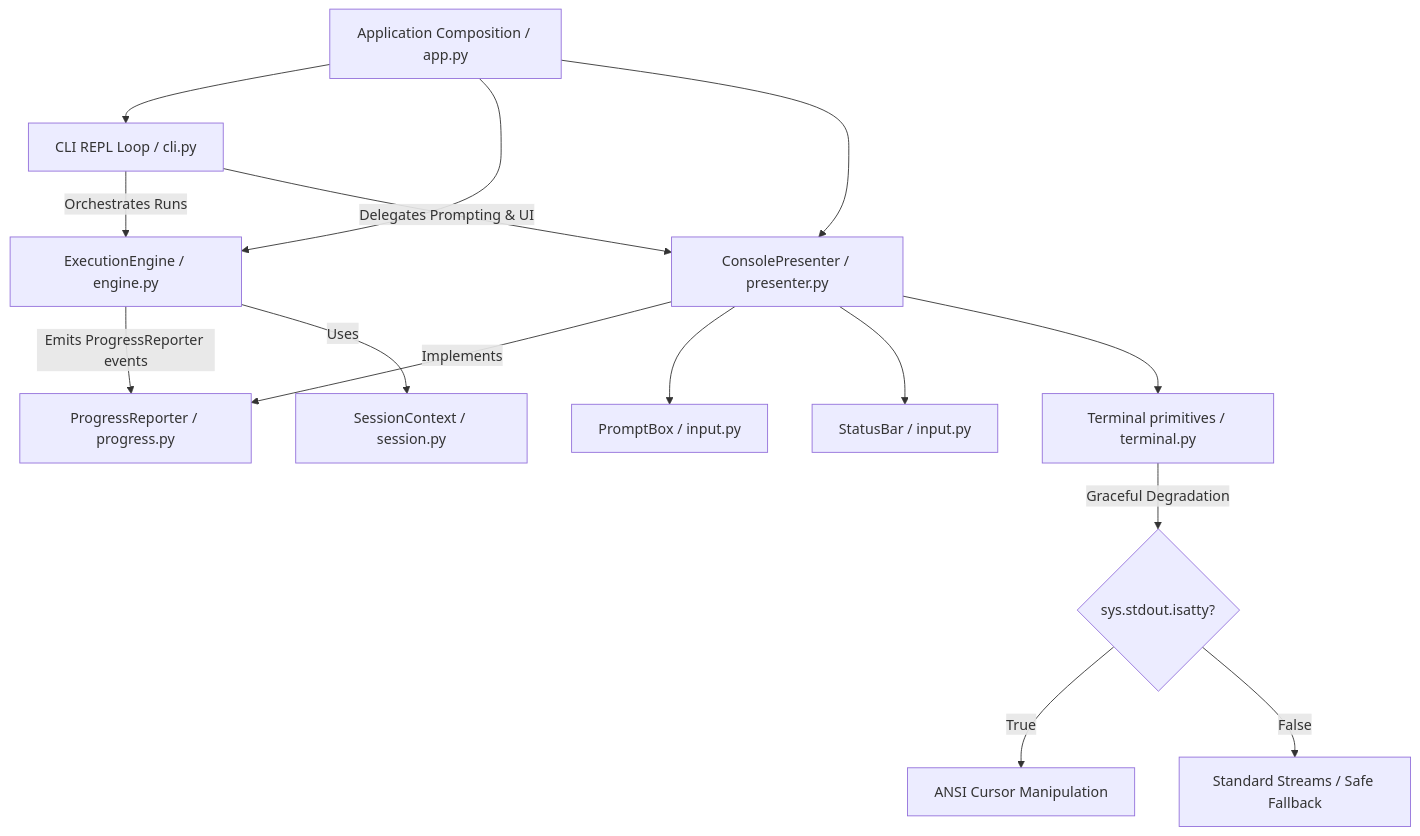
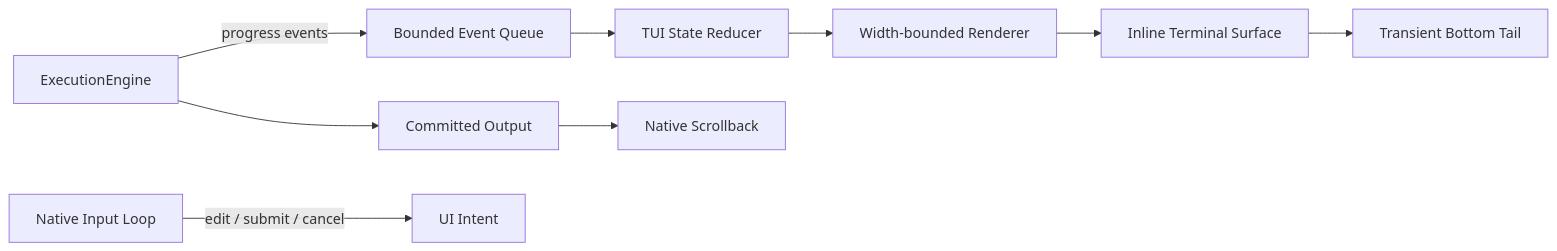
One commit to yuanchangsai77/testcode changed the diagram in docs/tui_design_and_architecture.md. Above: the diagram before and after it, drawn with Mermaid. The commit also changed other lines of this file and 9 other files, not shown here.

````diff
--- a/docs/tui_design_and_architecture.md
+++ b/docs/tui_design_and_architecture.md
@@ -71,17 +96,11 @@
 ```mermaid
-graph TD
-    APP[Application Composition / app.py] --> CLI[CLI REPL Loop / cli.py]
-    APP --> EE[ExecutionEngine / engine.py]
-    APP --> CP[ConsolePresenter / presenter.py]
-    CLI -->|Orchestrates Runs| EE[ExecutionEngine / engine.py]
-    CLI -->|Delegates Prompting & UI| CP
-    EE -->|Emits ProgressReporter events| PR[ProgressReporter / progress.py]
-    CP -->|Implements| PR
-    CP --> PB[PromptBox / input.py]
-    CP --> SB[StatusBar / input.py]
-    CP --> TERM[Terminal primitives / terminal.py]
-    EE -->|Uses| TS[SessionContext / session.py]
-    TERM -->|Graceful Degradation| TTY{sys.stdout.isatty?}
-    TTY -->|True| ANSI[ANSI Cursor Manipulation]
-    TTY -->|False| Plain[Standard Streams / Safe Fallback]
+flowchart LR
+    ENGINE[ExecutionEngine] -->|progress events| QUEUE[Bounded Event Queue]
+    INPUT[Native Input Loop] -->|edit / submit / cancel| INTENT[UI Intent]
+    QUEUE --> REDUCER[TUI State Reducer]
+    REDUCER --> RENDERER[Width-bounded Renderer]
+    RENDERER --> SURFACE[Inline Terminal Surface]
+    SURFACE --> TAIL[Transient Bottom Tail]
+    ENGINE --> STABLE[Committed Output]
+    STABLE --> SCROLLBACK[Native Scrollback]
 ```
````
